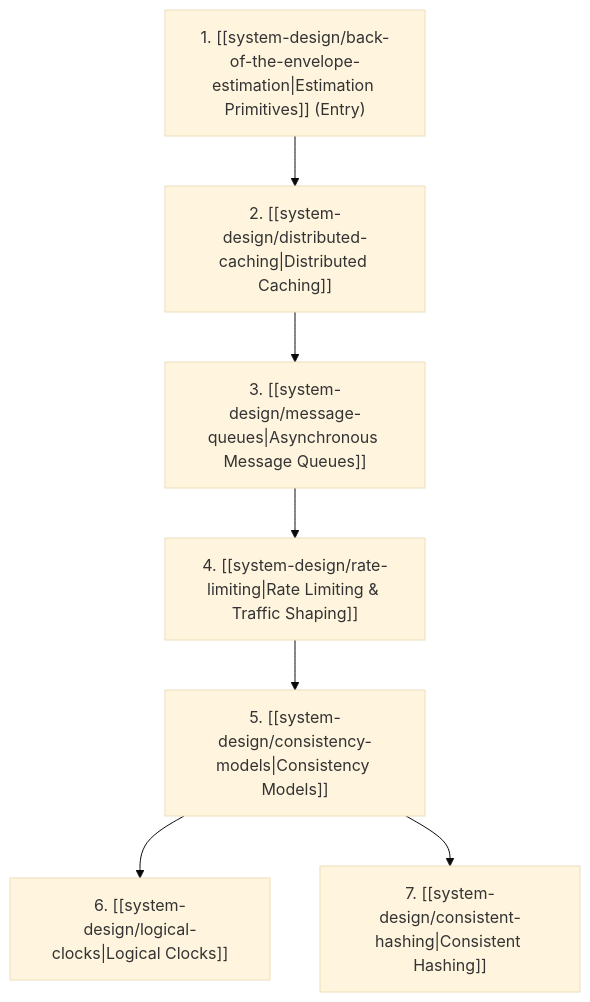
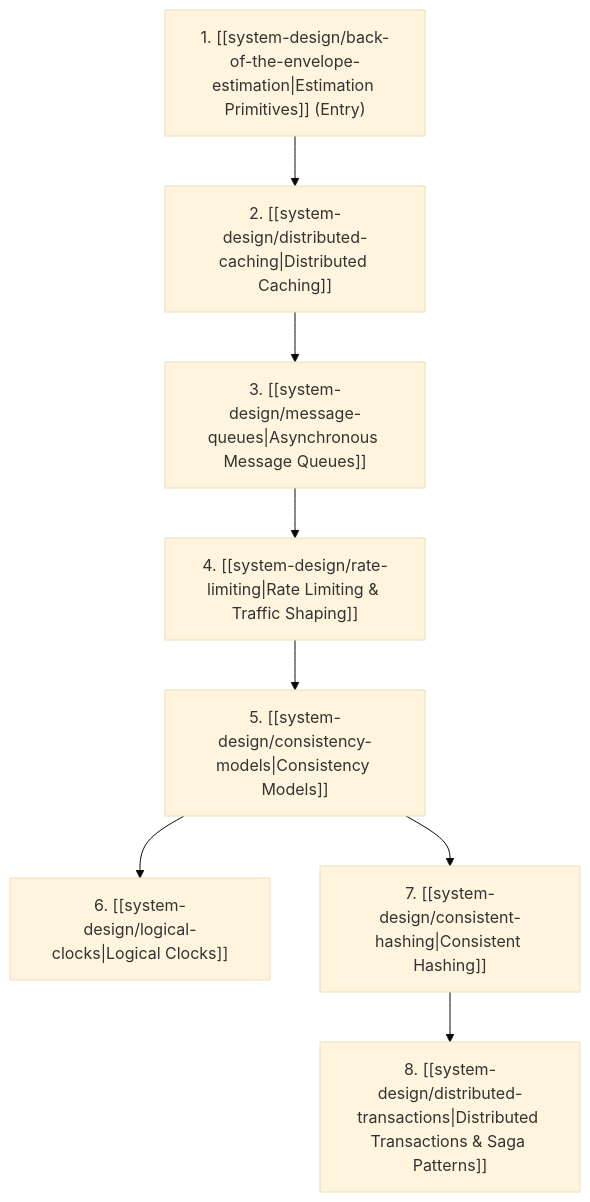
One commit to LOsioChico/knowledge-base changed the diagram in sites/docs/src/content/docs/system-design/index.mdx. Above: the diagram before and after it, drawn with Mermaid (base theme). The commit also changed other lines of this file and 9 other files, not shown here.

Commit message:
docs(system-design): add distributed-transactions and saga patterns guide

````diff
--- a/sites/docs/src/content/docs/system-design/index.mdx
+++ b/sites/docs/src/content/docs/system-design/index.mdx
@@ -35,9 +36,10 @@
 ```mermaid
 flowchart TD
     EST["1. [[system-design/back-of-the-envelope-estimation|Estimation Primitives]] (Entry)"] --> CA["2. [[system-design/distributed-caching|Distributed Caching]]"]
     CA --> MQ["3. [[system-design/message-queues|Asynchronous Message Queues]]"]
     MQ --> RL["4. [[system-design/rate-limiting|Rate Limiting & Traffic Shaping]]"]
     RL --> CM["5. [[system-design/consistency-models|Consistency Models]]"]
     CM --> LC["6. [[system-design/logical-clocks|Logical Clocks]]"]
     CM --> CH["7. [[system-design/consistent-hashing|Consistent Hashing]]"]
+    CH --> DT["8. [[system-design/distributed-transactions|Distributed Transactions & Saga Patterns]]"]
 ```
````
